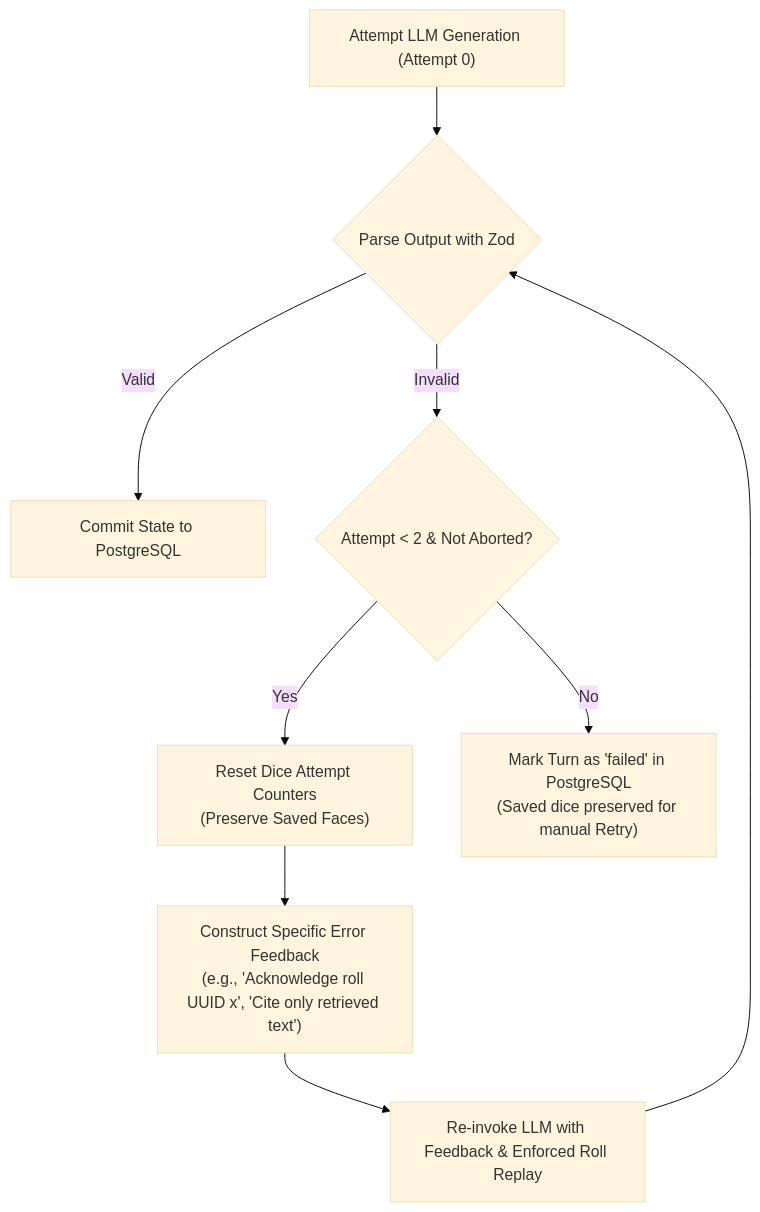
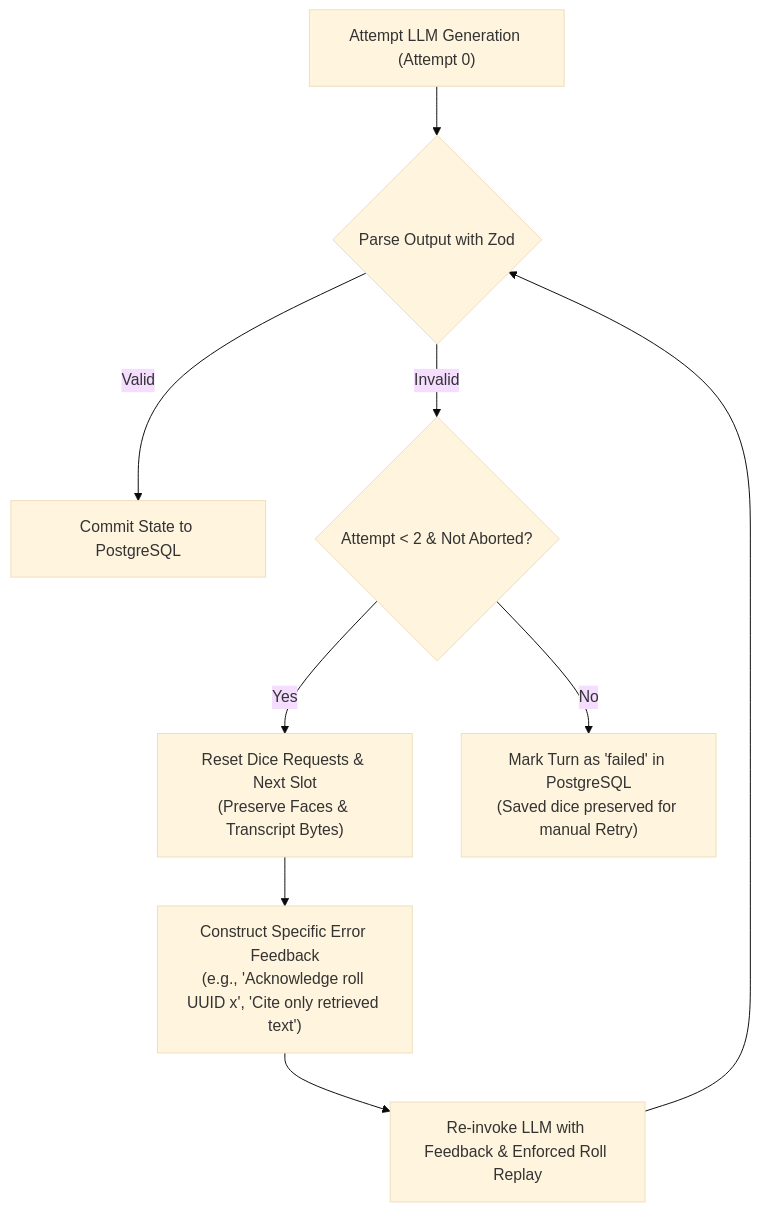
Before and after one commit to gkothe/rpg_local: the third of 4 diagrams in docs/rpg-backend-architecture.md, drawn with Mermaid (base theme). The commit also changed other lines of this file, not shown here.

````diff
--- a/docs/rpg-backend-architecture.md
+++ b/docs/rpg-backend-architecture.md
@@ -375,11 +391,11 @@
 ```mermaid
 flowchart TD
     RunAttempt["Attempt LLM Generation (Attempt 0)"] --> ParseResponse{"Parse Output with Zod"}
     ParseResponse -- Valid --> DBCommit["Commit State to PostgreSQL"]
     ParseResponse -- Invalid --> CheckRetry{"Attempt < 2 & Not Aborted?"}
-    CheckRetry -- Yes --> PrepareRetry["Reset Dice Attempt Counters\n(Preserve Saved Faces)"]
+    CheckRetry -- Yes --> PrepareRetry["Reset Dice Requests & Next Slot\n(Preserve Faces & Transcript Bytes)"]
     PrepareRetry --> ConstructFeedback["Construct Specific Error Feedback\n(e.g., 'Acknowledge roll UUID x', 'Cite only retrieved text')"]
     ConstructFeedback --> NextAttempt["Re-invoke LLM with Feedback & Enforced Roll Replay"]
     NextAttempt --> ParseResponse
     CheckRetry -- No --> FailTurn["Mark Turn as 'failed' in PostgreSQL\n(Saved dice preserved for manual Retry)"]
 ```
````
